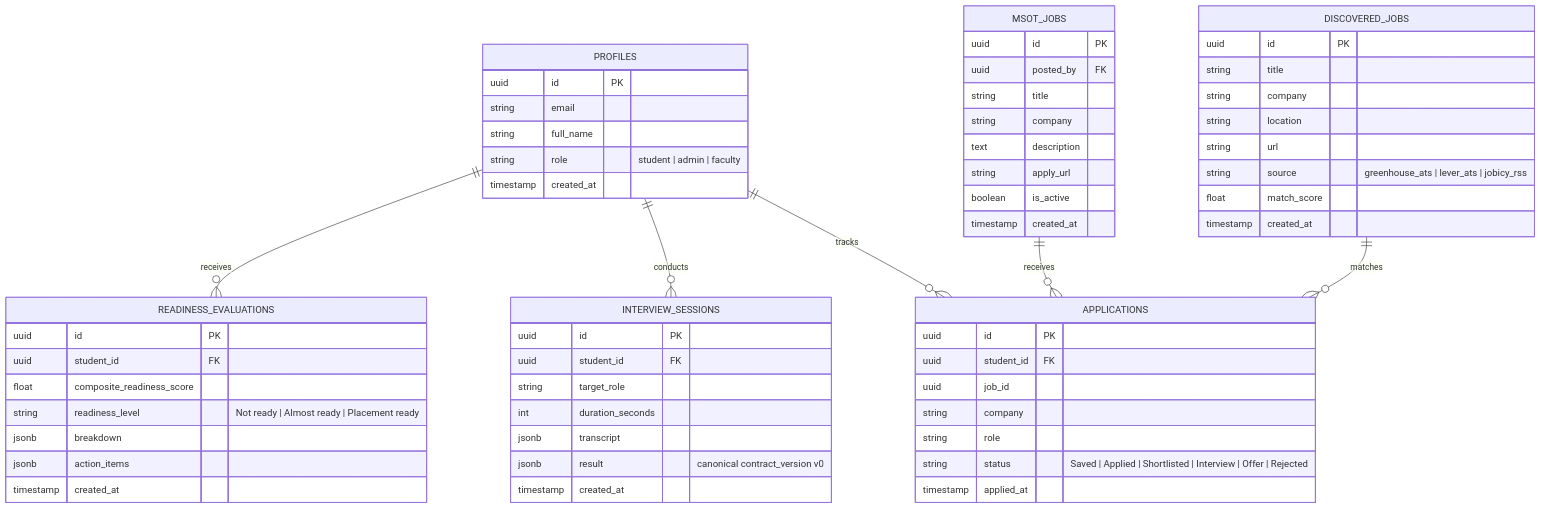
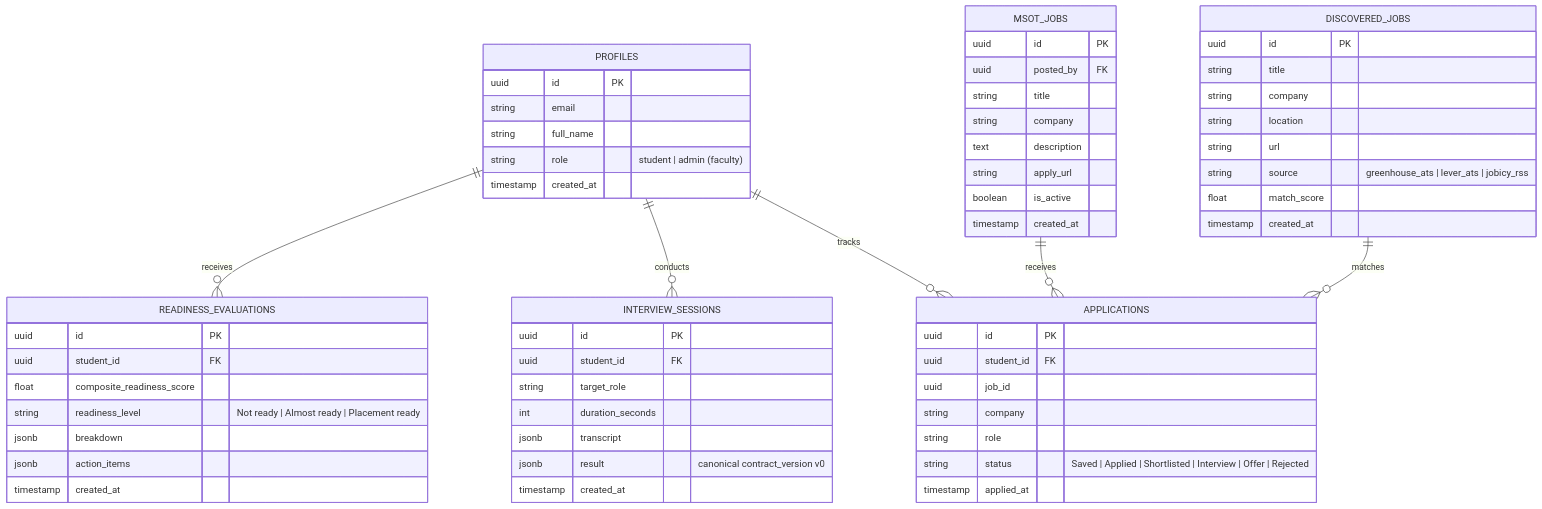
One commit to rishav-raj-genx/Placement-Readiness-Copilot changed the second of 3 diagrams in README.md. Above: the diagram before and after it, drawn with Mermaid. The commit also changed other lines of this file and 9 other files, not shown here.

Commit message:
fix(core): remove client credentials, sync README and schema

````diff
--- a/README.md
+++ b/README.md
@@ -368,68 +410,68 @@
 ```mermaid
 erDiagram
     PROFILES ||--o{ INTERVIEW_SESSIONS : conducts
     PROFILES ||--o{ APPLICATIONS : tracks
     PROFILES ||--o{ READINESS_EVALUATIONS : receives
     MSOT_JOBS ||--o{ APPLICATIONS : receives
     DISCOVERED_JOBS ||--o{ APPLICATIONS : matches
 
     PROFILES {
         uuid id PK
         string email
         string full_name
-        string role "student | admin | faculty"
+        string role "student | admin (faculty)"
         timestamp created_at
     }
 
     INTERVIEW_SESSIONS {
         uuid id PK
         uuid student_id FK
         string target_role
         int duration_seconds
         jsonb transcript
         jsonb result "canonical contract_version v0"
         timestamp created_at
     }
 
     READINESS_EVALUATIONS {
         uuid id PK
         uuid student_id FK
         float composite_readiness_score
         string readiness_level "Not ready | Almost ready | Placement ready"
         jsonb breakdown
         jsonb action_items
         timestamp created_at
     }
 
     DISCOVERED_JOBS {
         uuid id PK
         string title
         string company
         string location
         string url
         string source "greenhouse_ats | lever_ats | jobicy_rss"
         float match_score
         timestamp created_at
     }
 
     APPLICATIONS {
         uuid id PK
         uuid student_id FK
         uuid job_id
         string company
         string role
         string status "Saved | Applied | Shortlisted | Interview | Offer | Rejected"
         timestamp applied_at
     }
 
     MSOT_JOBS {
         uuid id PK
         uuid posted_by FK
         string title
         string company
         text description
         string apply_url
         boolean is_active
         timestamp created_at
     }
 ```
````
